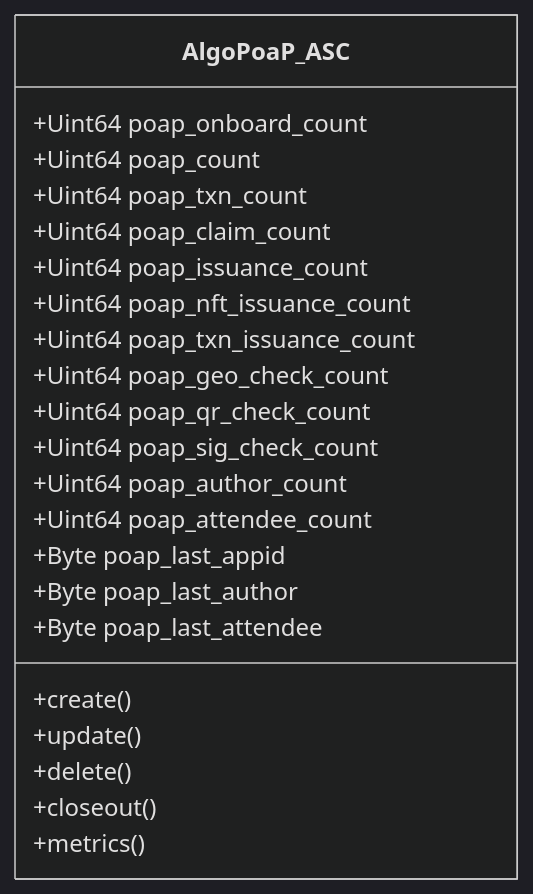
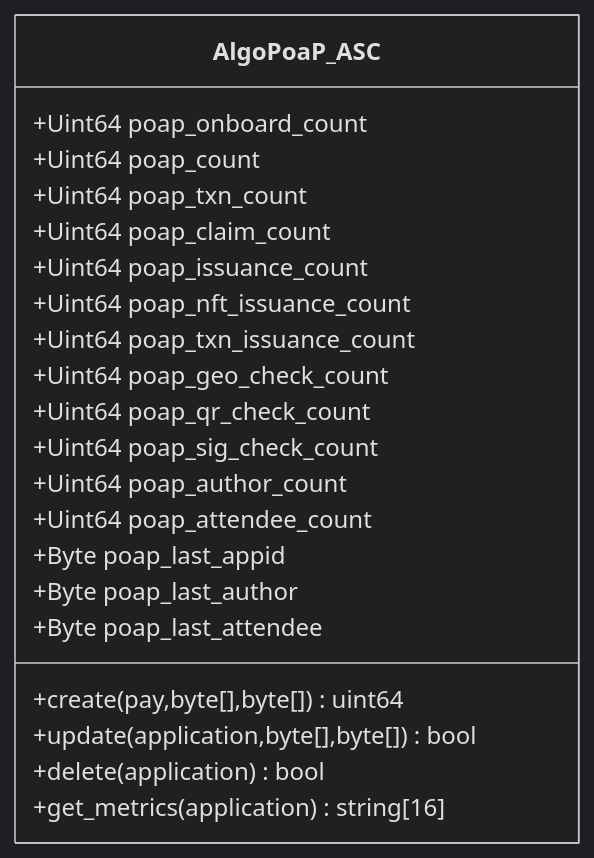
Before and after one commit to GoPlausible/.github: the eighth of 10 diagrams in profile/README.md, drawn with Mermaid (dark theme). The commit also changed other lines of this file and 1 other file, not shown here.

````diff
--- a/profile/README.md
+++ b/profile/README.md
@@ -269,27 +269,26 @@
 ```mermaid
   classDiagram
     class AlgoPoaP_ASC
     AlgoPoaP_ASC : +Uint64 poap_onboard_count
     AlgoPoaP_ASC : +Uint64 poap_count
     AlgoPoaP_ASC : +Uint64 poap_txn_count
     AlgoPoaP_ASC : +Uint64 poap_claim_count
     AlgoPoaP_ASC : +Uint64 poap_issuance_count
     AlgoPoaP_ASC : +Uint64 poap_nft_issuance_count
     AlgoPoaP_ASC : +Uint64 poap_txn_issuance_count
 
     AlgoPoaP_ASC : +Uint64 poap_geo_check_count
     AlgoPoaP_ASC : +Uint64 poap_qr_check_count
     AlgoPoaP_ASC : +Uint64 poap_sig_check_count
 
     AlgoPoaP_ASC : +Uint64 poap_author_count
     AlgoPoaP_ASC : +Uint64 poap_attendee_count
     AlgoPoaP_ASC : +Byte poap_last_appid
     AlgoPoaP_ASC : +Byte poap_last_author
     AlgoPoaP_ASC : +Byte poap_last_attendee
-    AlgoPoaP_ASC : +create()
-    AlgoPoaP_ASC : +update()
-    AlgoPoaP_ASC : +delete()
-    AlgoPoaP_ASC : +closeout()
-    AlgoPoaP_ASC : +metrics()
+    AlgoPoaP_ASC : +create(pay,byte[],byte[])uint64
+    AlgoPoaP_ASC : +update(application,byte[],byte[])bool
+    AlgoPoaP_ASC : +delete(application)bool
+    AlgoPoaP_ASC : +get_metrics(application)string[16]
     
 ```
````
